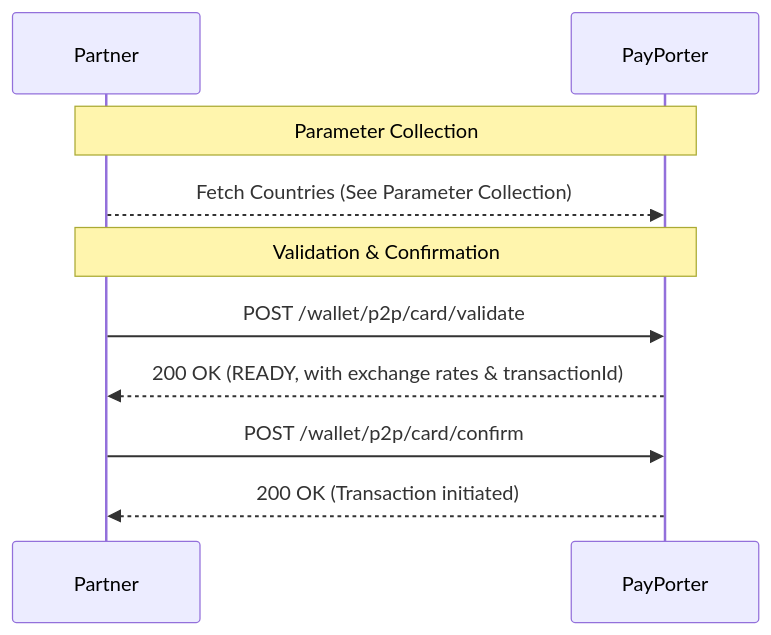
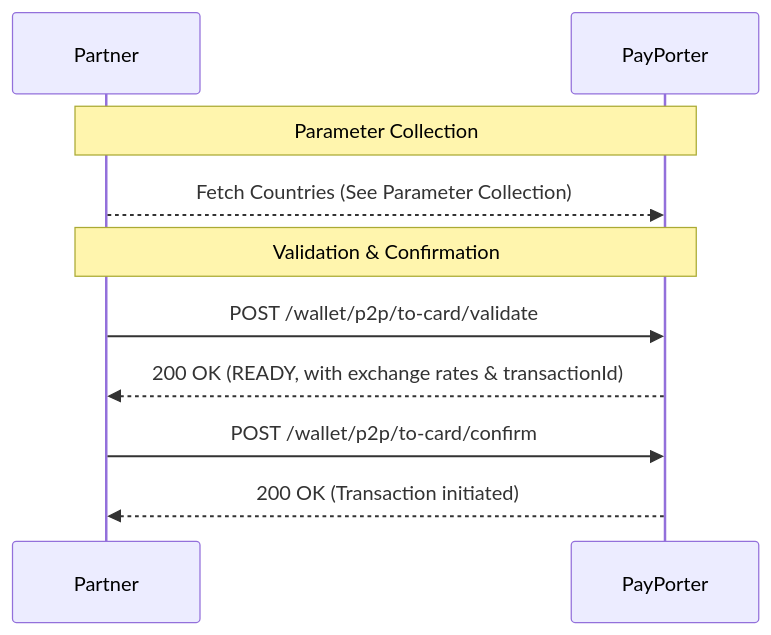
The diagram in docs/whitelabel-wallet-v2/card-intro.md (commitup/api-doc-v2), drawn with Mermaid before and after one commit. The commit also changed other lines of this file and 19 other files, not shown here.

````diff
--- a/docs/whitelabel-wallet-v2/card-intro.md
+++ b/docs/whitelabel-wallet-v2/card-intro.md
@@ -15,15 +19,15 @@
 ```mermaid
 sequenceDiagram
     participant Partner
     participant PayPorter
 
     Note over Partner, PayPorter: Parameter Collection
     Partner-->>PayPorter: Fetch Countries (See Parameter Collection)
 
     Note over Partner, PayPorter: Validation & Confirmation
-    Partner->>PayPorter: POST /wallet/p2p/card/validate
+    Partner->>PayPorter: POST /wallet/p2p/to-card/validate
     PayPorter-->>Partner: 200 OK (READY, with exchange rates & transactionId)
     
-    Partner->>PayPorter: POST /wallet/p2p/card/confirm
+    Partner->>PayPorter: POST /wallet/p2p/to-card/confirm
     PayPorter-->>Partner: 200 OK (Transaction initiated)
 ```
````
